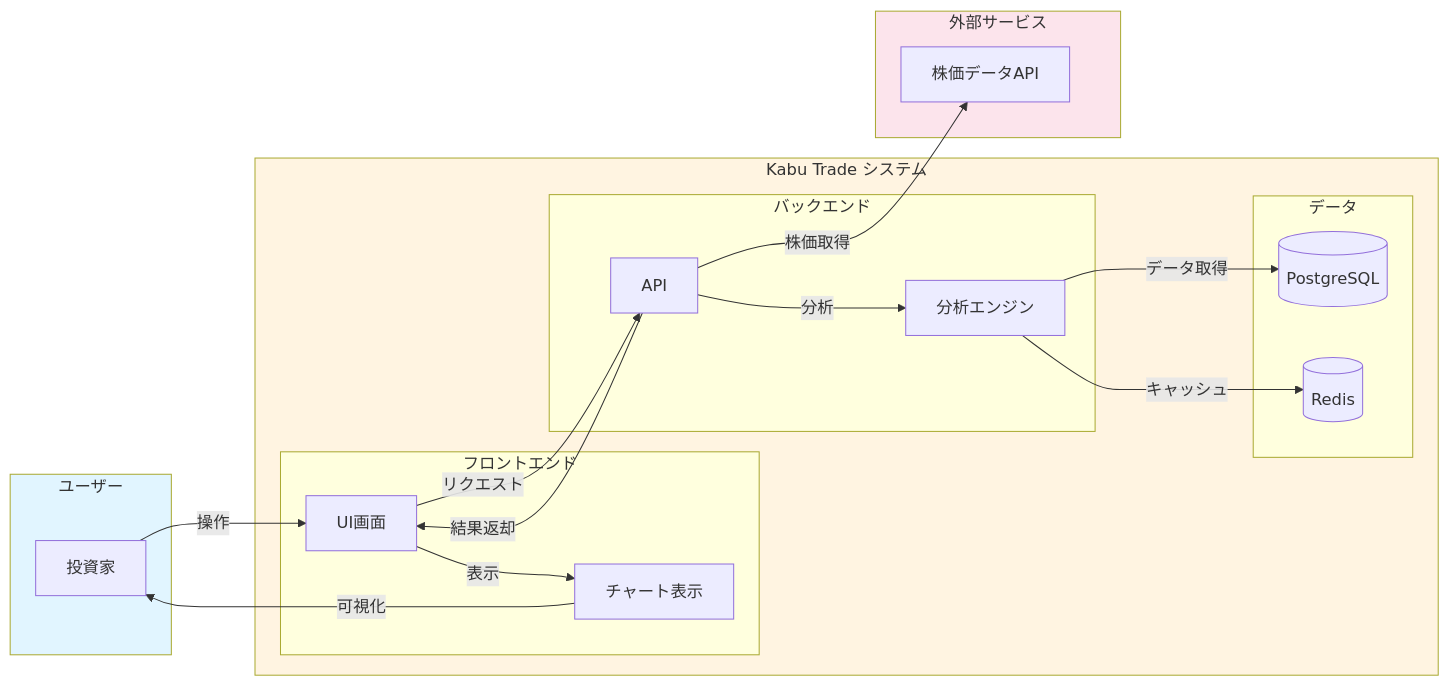
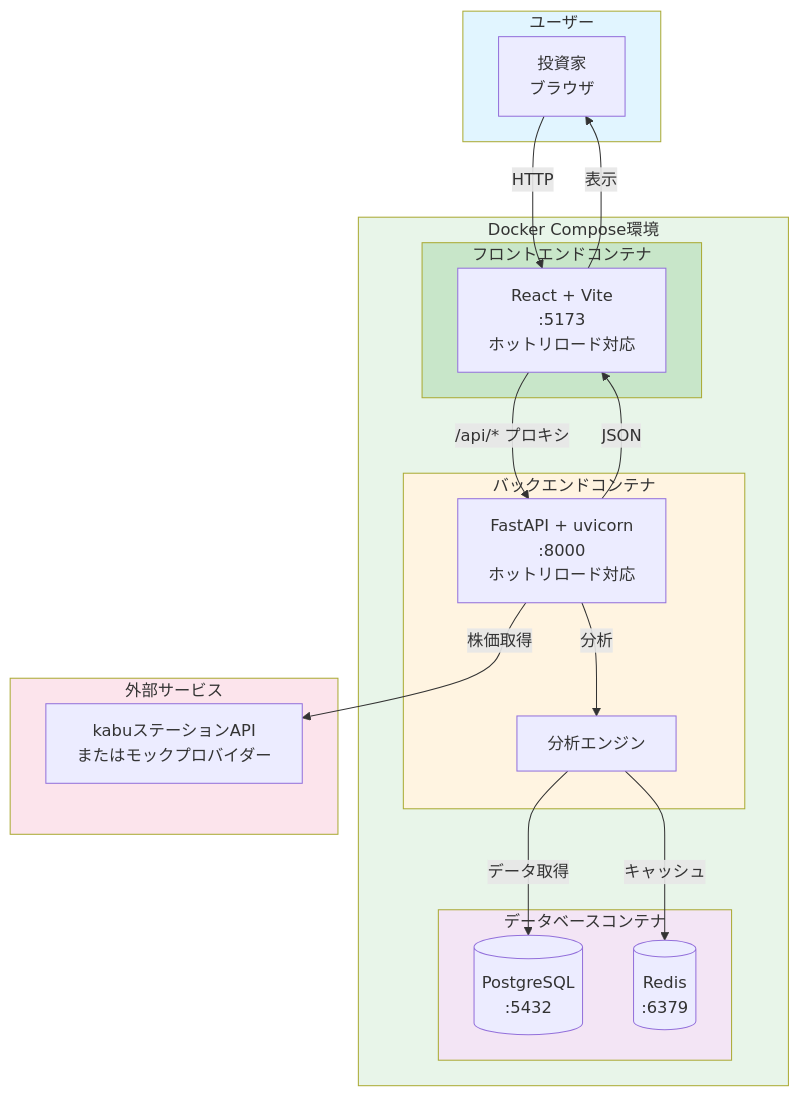
One commit to kurotan0906/kabu-trade changed the first of 3 diagrams in README.md. Above: the diagram before and after it, drawn with Mermaid. The commit also changed 1 other file, not shown here.

Commit message:
docs: システム概要図をDocker Compose構成に合わせて更新
- README.mdのシステム概要図をDocker Compose環境に更新
- ARCHITECTURE.mdの開発環境構成図を修正（ポート番号、Dockerコンテナ明示）
- ホットリロード対応とボリュームマウントを図示
- 起動方法とアクセス先の情報を追加

````diff
--- a/README.md
+++ b/README.md
@@ -7,41 +7,42 @@
 ```mermaid
-graph LR
+graph TB
     subgraph User["ユーザー"]
-        U[投資家]
+        U[投資家<br/>ブラウザ]
     end
     
-    subgraph System["Kabu Trade システム"]
-        subgraph Frontend["フロントエンド"]
-            UI[UI画面]
-            Chart[チャート表示]
+    subgraph Docker["Docker Compose環境"]
+        subgraph Frontend["フロントエンドコンテナ"]
+            UI[React + Vite<br/>:5173<br/>ホットリロード対応]
         end
         
-        subgraph Backend["バックエンド"]
-            API[API]
+        subgraph Backend["バックエンドコンテナ"]
+            API[FastAPI + uvicorn<br/>:8000<br/>ホットリロード対応]
             Analysis[分析エンジン]
         end
         
-        subgraph Data["データ"]
-            DB[(PostgreSQL)]
-            Cache[(Redis)]
+        subgraph DB["データベースコンテナ"]
+            PG[(PostgreSQL<br/>:5432)]
+            Redis[(Redis<br/>:6379)]
         end
     end
     
     subgraph External["外部サービス"]
-        StockAPI[株価データAPI]
+        StockAPI[kabuステーションAPI<br/>またはモックプロバイダー]
     end
     
-    U -->|操作| UI
-    UI -->|リクエスト| API
+    U -->|HTTP| UI
+    UI -->|/api/* プロキシ| API
     API -->|分析| Analysis
-    Analysis -->|データ取得| DB
-    Analysis -->|キャッシュ| Cache
+    Analysis -->|データ取得| PG
+    Analysis -->|キャッシュ| Redis
     API -->|株価取得| StockAPI
-    API -->|結果返却| UI
-    UI -->|表示| Chart
-    Chart -->|可視化| U
+    API -->|JSON| UI
+    UI -->|表示| U
     
     style User fill:#e1f5ff
-    style System fill:#fff4e1
+    style Docker fill:#e8f5e9
+    style Frontend fill:#c8e6c9
+    style Backend fill:#fff4e1
+    style DB fill:#f3e5f5
     style External fill:#fce4ec
 ```
````
